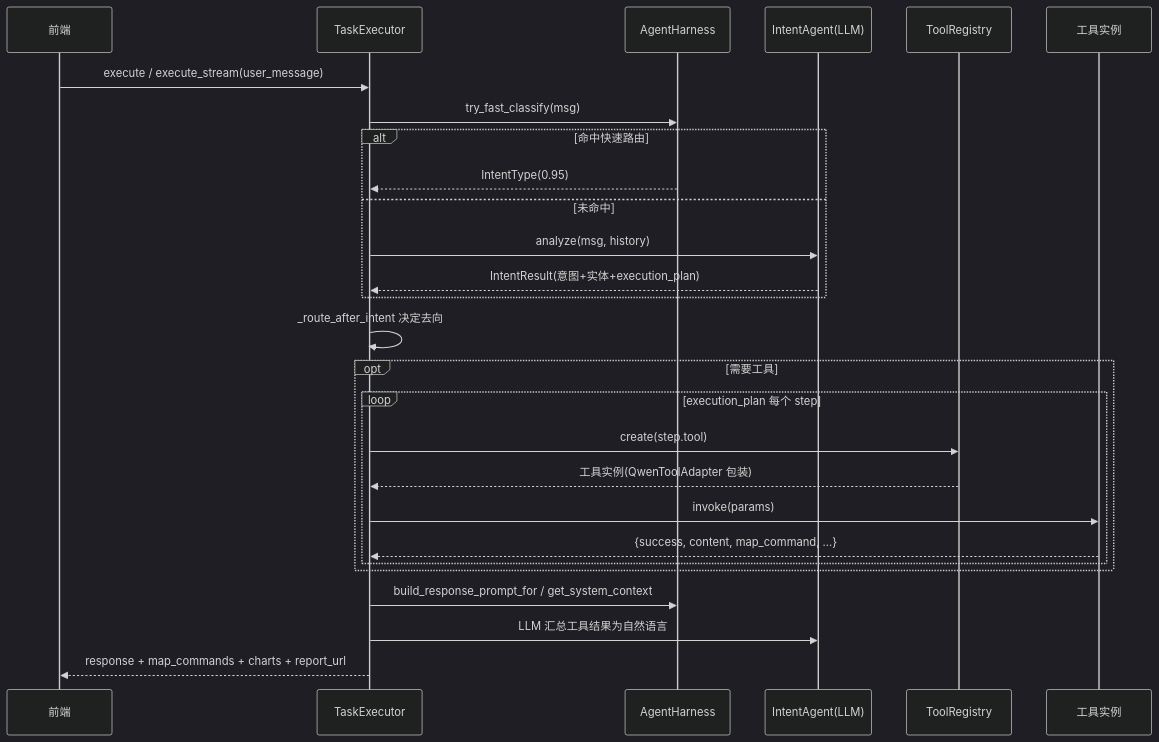
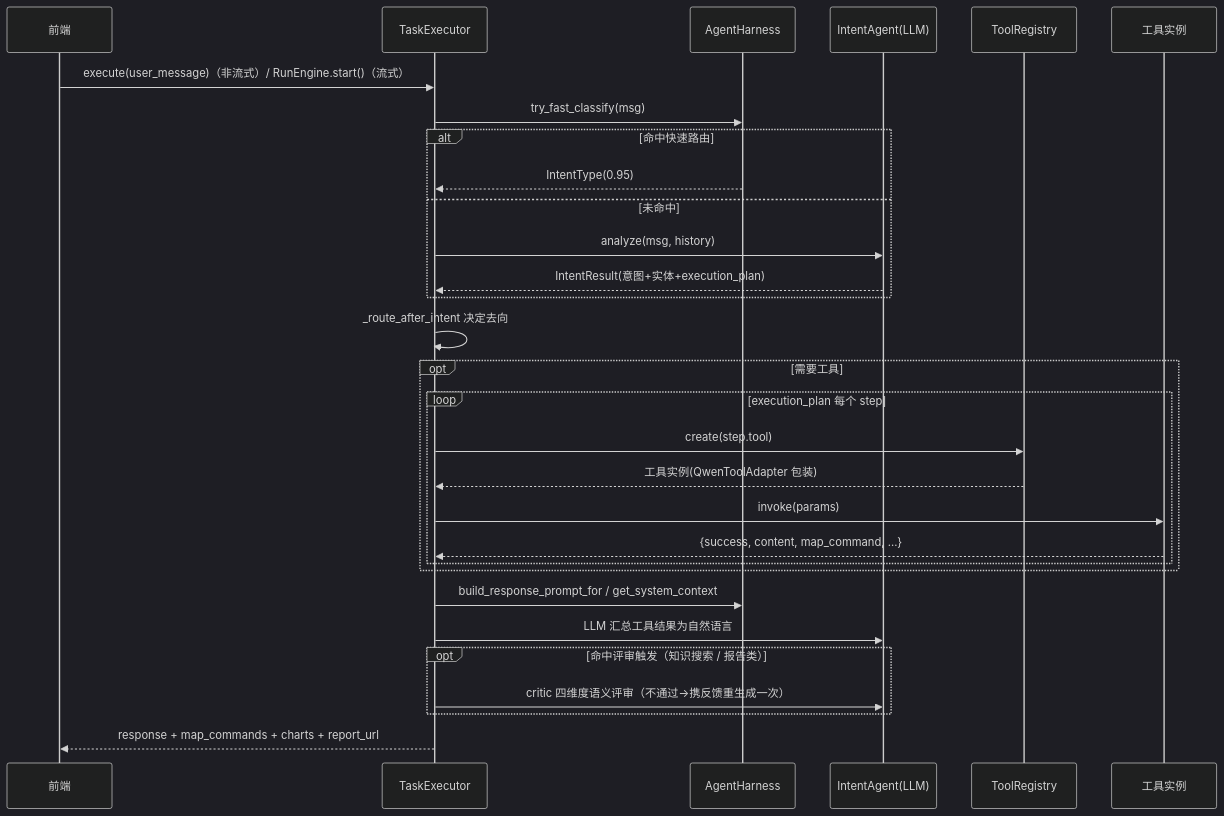
Before and after one commit to PotatoH-cmd/Smart_Map: the second of 2 diagrams in backend/agents/Harness架构说明.md, drawn with Mermaid (dark theme). The commit also changed other lines of this file and 163 other files, not shown here.

````diff
--- a/backend/agents/Harness架构说明.md
+++ b/backend/agents/Harness架构说明.md
@@ -113,30 +124,33 @@
 ```mermaid
 sequenceDiagram
     participant FE as 前端
     participant TE as TaskExecutor
     participant H as AgentHarness
     participant IA as IntentAgent(LLM)
     participant TR as ToolRegistry
     participant T as 工具实例
 
-    FE->>TE: execute / execute_stream(user_message)
+    FE->>TE: execute(user_message)（非流式）/ RunEngine.start()（流式）
     TE->>H: try_fast_classify(msg)
     alt 命中快速路由
         H-->>TE: IntentType(0.95)
     else 未命中
         TE->>IA: analyze(msg, history)
         IA-->>TE: IntentResult(意图+实体+execution_plan)
     end
     TE->>TE: _route_after_intent 决定去向
     opt 需要工具
         loop execution_plan 每个 step
             TE->>TR: create(step.tool)
             TR-->>TE: 工具实例(QwenToolAdapter 包装)
             TE->>T: invoke(params)
             T-->>TE: {success, content, map_command, ...}
         end
     end
     TE->>H: build_response_prompt_for / get_system_context
     TE->>IA: LLM 汇总工具结果为自然语言
+    opt 命中评审触发（知识搜索 / 报告类）
+        TE->>IA: critic 四维度语义评审（不通过→携反馈重生成一次）
+    end
     TE-->>FE: response + map_commands + charts + report_url
 ```
````
